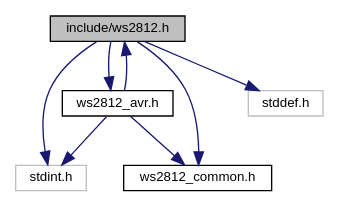
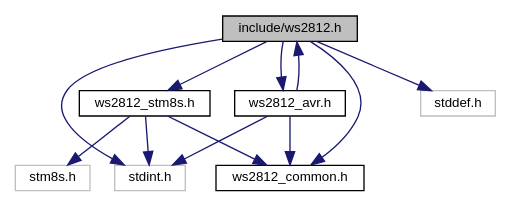
Before and after one commit to CTXz/TinyWS2812: the diagram in docs/ws2812_8h__incl.dot, drawn with Graphviz. The commit also changed 169 other files, not shown here.

```diff
--- a/docs/ws2812_8h__incl.dot
+++ b/docs/ws2812_8h__incl.dot
@@ -1,18 +1,24 @@
 digraph "include/ws2812.h"
 {
  // LATEX_PDF_SIZE
   edge [fontname="Helvetica",fontsize="10",labelfontname="Helvetica",labelfontsize="10"];
   node [fontname="Helvetica",fontsize="10",shape=record];
   Node1 [label="include/ws2812.h",height=0.2,width=0.4,color="black", fillcolor="grey75", style="filled", fontcolor="black",tooltip="Exposes the Tiny-WS2812 library interface."];
   Node1 -> Node2 [color="midnightblue",fontsize="10",style="solid",fontname="Helvetica"];
   Node2 [label="ws2812_avr.h",height=0.2,width=0.4,color="black", fillcolor="white", style="filled",URL="$ws2812__avr_8h.html",tooltip="Provides AVR platform specific definitions."];
   Node2 -> Node3 [color="midnightblue",fontsize="10",style="solid",fontname="Helvetica"];
   Node3 [label="stdint.h",height=0.2,width=0.4,color="grey75", fillcolor="white", style="filled",tooltip=" "];
   Node2 -> Node4 [color="midnightblue",fontsize="10",style="solid",fontname="Helvetica"];
   Node4 [label="ws2812_common.h",height=0.2,width=0.4,color="black", fillcolor="white", style="filled",URL="$ws2812__common_8h.html",tooltip="Definitions required by all platform specific headers."];
   Node2 -> Node1 [color="midnightblue",fontsize="10",style="solid",fontname="Helvetica"];
   Node1 -> Node5 [color="midnightblue",fontsize="10",style="solid",fontname="Helvetica"];
-  Node5 [label="stddef.h",height=0.2,width=0.4,color="grey75", fillcolor="white", style="filled",tooltip=" "];
+  Node5 [label="ws2812_stm8s.h",height=0.2,width=0.4,color="black", fillcolor="white", style="filled",URL="$ws2812__stm8s_8h.html",tooltip="Provides STM8S platform specific definitions."];
+  Node5 -> Node6 [color="midnightblue",fontsize="10",style="solid",fontname="Helvetica"];
+  Node6 [label="stm8s.h",height=0.2,width=0.4,color="grey75", fillcolor="white", style="filled",tooltip=" "];
+  Node5 -> Node3 [color="midnightblue",fontsize="10",style="solid",fontname="Helvetica"];
+  Node5 -> Node4 [color="midnightblue",fontsize="10",style="solid",fontname="Helvetica"];
+  Node1 -> Node7 [color="midnightblue",fontsize="10",style="solid",fontname="Helvetica"];
+  Node7 [label="stddef.h",height=0.2,width=0.4,color="grey75", fillcolor="white", style="filled",tooltip=" "];
   Node1 -> Node3 [color="midnightblue",fontsize="10",style="solid",fontname="Helvetica"];
   Node1 -> Node4 [color="midnightblue",fontsize="10",style="solid",fontname="Helvetica"];
 }
```
